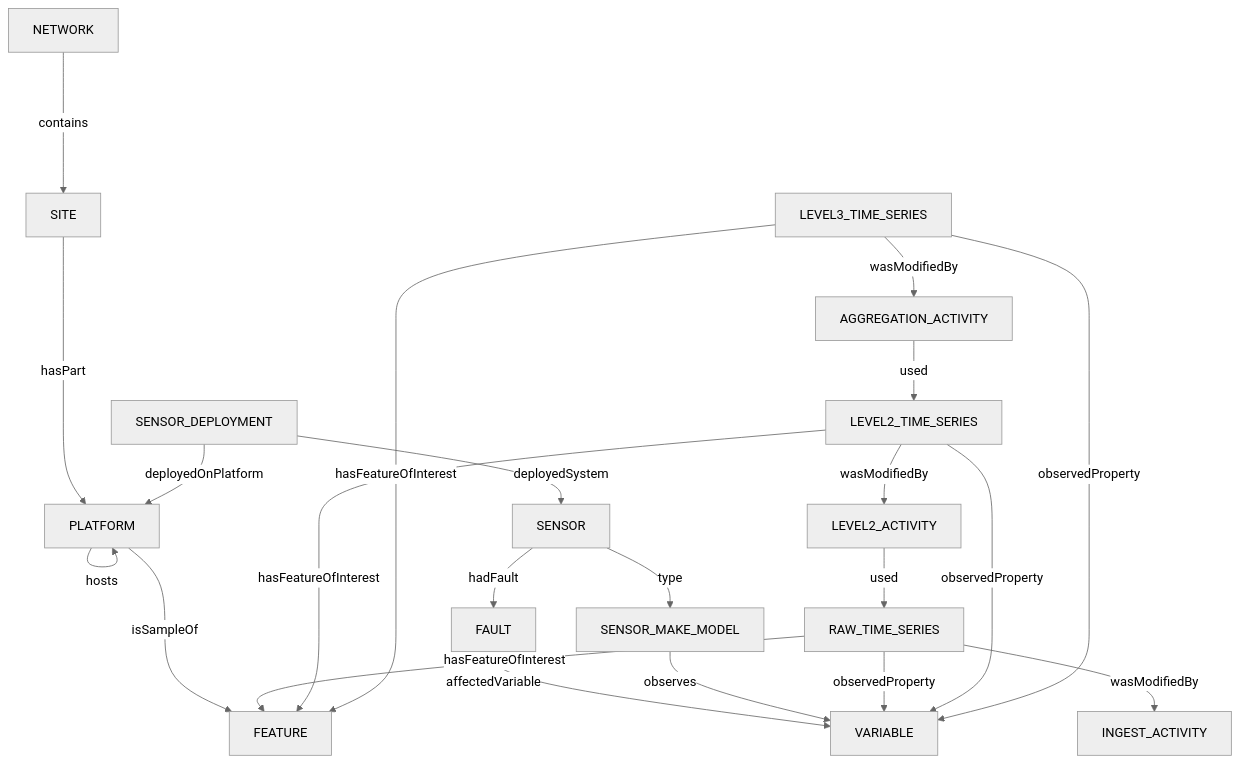
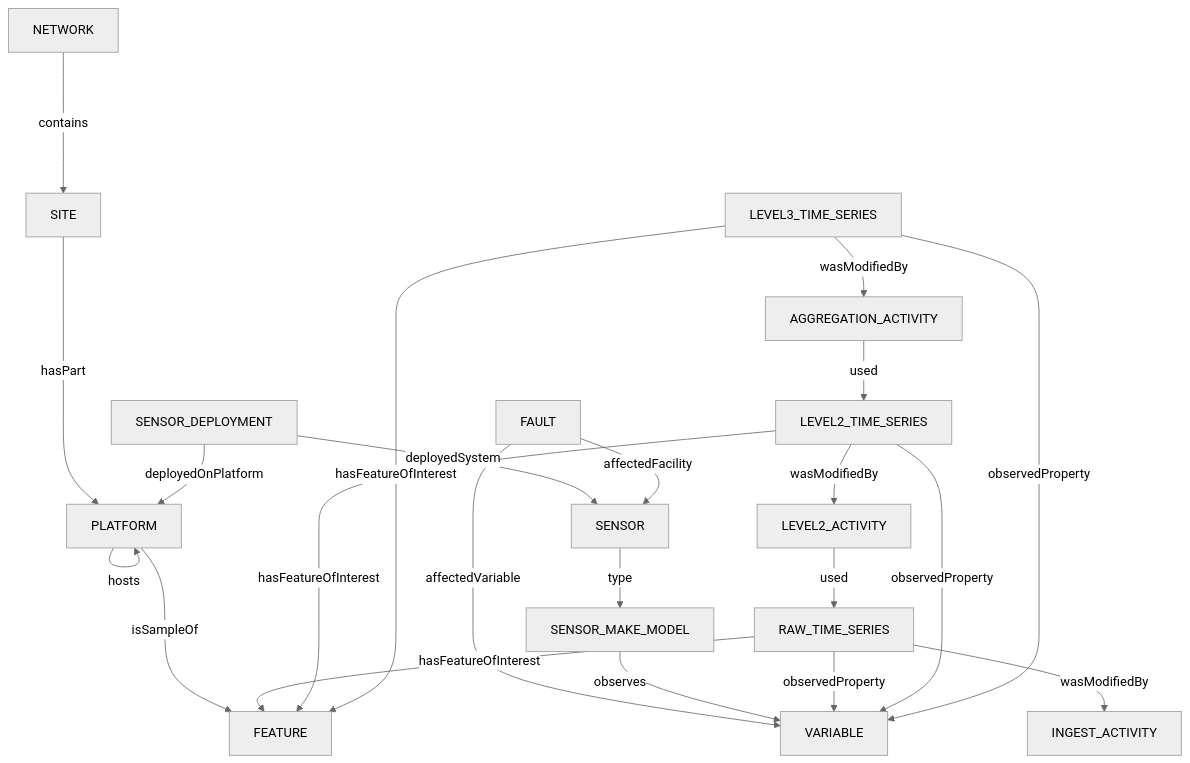
One commit to NERC-CEH/fdri-ontology changed the first of 8 diagrams in ontology/working_notes/example.md. Above: the diagram before and after it, drawn with Mermaid (neutral theme). The commit also changed 5 other files, not shown here.

Commit message:
Remove fdri:hadFault property * Remove from OWL ontology * Remove from recordspec schema * Update documentation * Update sample data templates

````diff
--- a/ontology/working_notes/example.md
+++ b/ontology/working_notes/example.md
@@ -4,20 +4,20 @@
 ```mermaid
 flowchart TB
 NETWORK --contains----> SITE
 SITE --hasPart----> PLATFORM
 PLATFORM --hosts--> PLATFORM
 PLATFORM --isSampleOf--> FEATURE
 SENSOR_DEPLOYMENT --deployedOnPlatform--> PLATFORM
 SENSOR_DEPLOYMENT --deployedSystem--> SENSOR
 SENSOR --type--> SENSOR_MAKE_MODEL
-SENSOR --hadFault --> FAULT
 FAULT --affectedVariable--> VARIABLE
+FAULT --affectedFacility --> SENSOR
 SENSOR_MAKE_MODEL -- observes--> VARIABLE
 RAW_TIME_SERIES & LEVEL2_TIME_SERIES & LEVEL3_TIME_SERIES --hasFeatureOfInterest--> FEATURE
 RAW_TIME_SERIES  & LEVEL2_TIME_SERIES & LEVEL3_TIME_SERIES-- observedProperty-->VARIABLE
 RAW_TIME_SERIES --wasModifiedBy--> INGEST_ACTIVITY
 LEVEL2_TIME_SERIES --wasModifiedBy--> LEVEL2_ACTIVITY
 LEVEL2_ACTIVITY --used--> RAW_TIME_SERIES
 LEVEL3_TIME_SERIES --wasModifiedBy--> AGGREGATION_ACTIVITY
 AGGREGATION_ACTIVITY --used--> LEVEL2_TIME_SERIES
 ```
````
